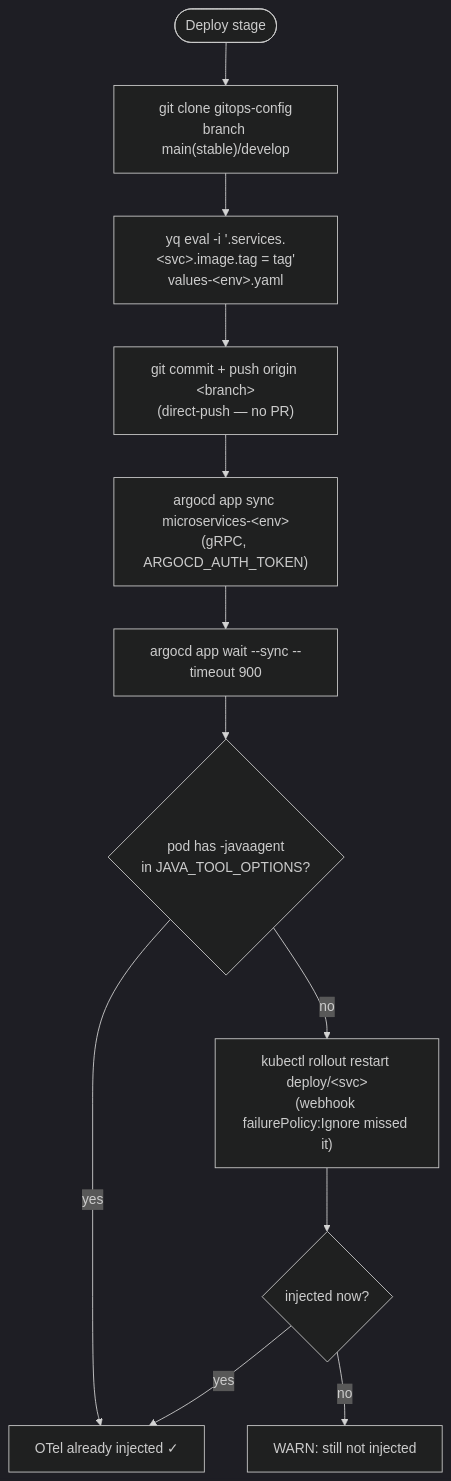
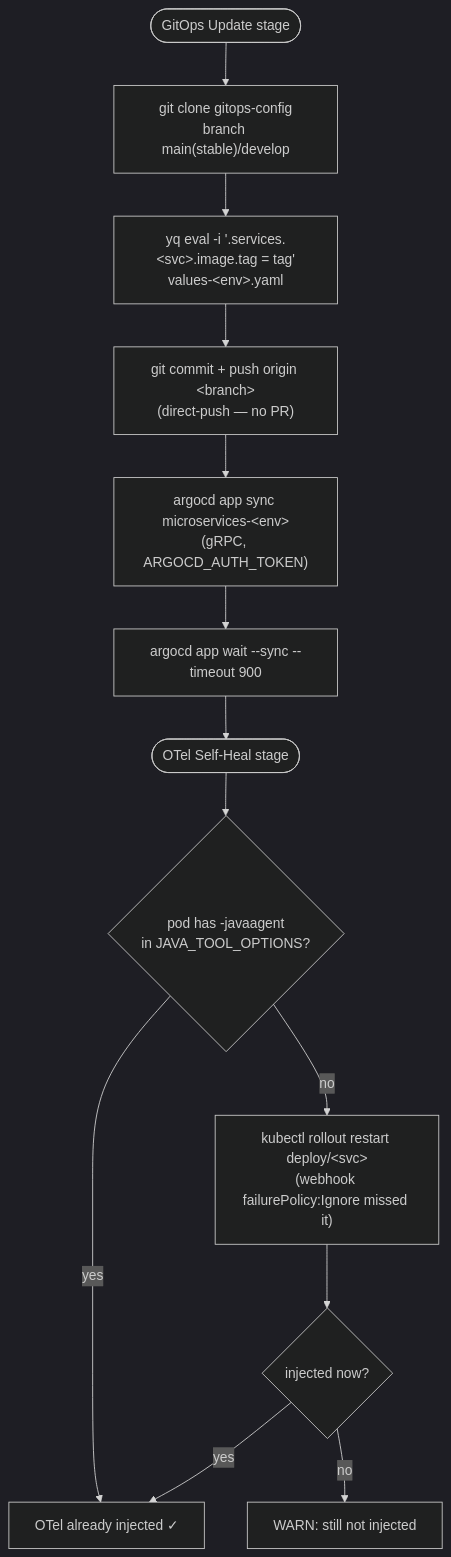
Before and after one commit to nubenetes/jenkins-2026: diagram 11 of 12 in docs/402-PIPELINES_AS_CODE.md, drawn with Mermaid (dark theme). The commit also changed other lines of this file and 130 other files, not shown here.

First line of the commit message:
The Backstage developer portal release + Declarative pipeline overhaul (develop → main) (#636)

````diff
--- a/docs/402-PIPELINES_AS_CODE.md
+++ b/docs/402-PIPELINES_AS_CODE.md
@@ -556,14 +563,15 @@
 ```mermaid
 flowchart TB
-  start([Deploy stage]) --> clone["git clone gitops-config<br/>branch main(stable)/develop"]
+  start([GitOps Update stage]) --> clone["git clone gitops-config<br/>branch main(stable)/develop"]
   clone --> tag["yq eval -i '.services.&lt;svc&gt;.image.tag = tag'<br/>values-&lt;env&gt;.yaml"]
   tag --> push["git commit + push origin &lt;branch&gt;<br/>(direct-push — no PR)"]
   push --> sync["argocd app sync microservices-&lt;env&gt;<br/>(gRPC, ARGOCD_AUTH_TOKEN)"]
   sync --> wait["argocd app wait --sync --timeout 900"]
-  wait --> check{pod has -javaagent<br/>in JAVA_TOOL_OPTIONS?}
+  wait --> heal([OTel Self-Heal stage])
+  heal --> check{pod has -javaagent<br/>in JAVA_TOOL_OPTIONS?}
   check -->|yes| ok[OTel already injected ✓]
   check -->|no| restart["kubectl rollout restart deploy/&lt;svc&gt;<br/>(webhook failurePolicy:Ignore missed it)"]
   restart --> recheck{injected now?}
   recheck -->|yes| ok
   recheck -->|no| warn[WARN: still not injected]
 ```
````
